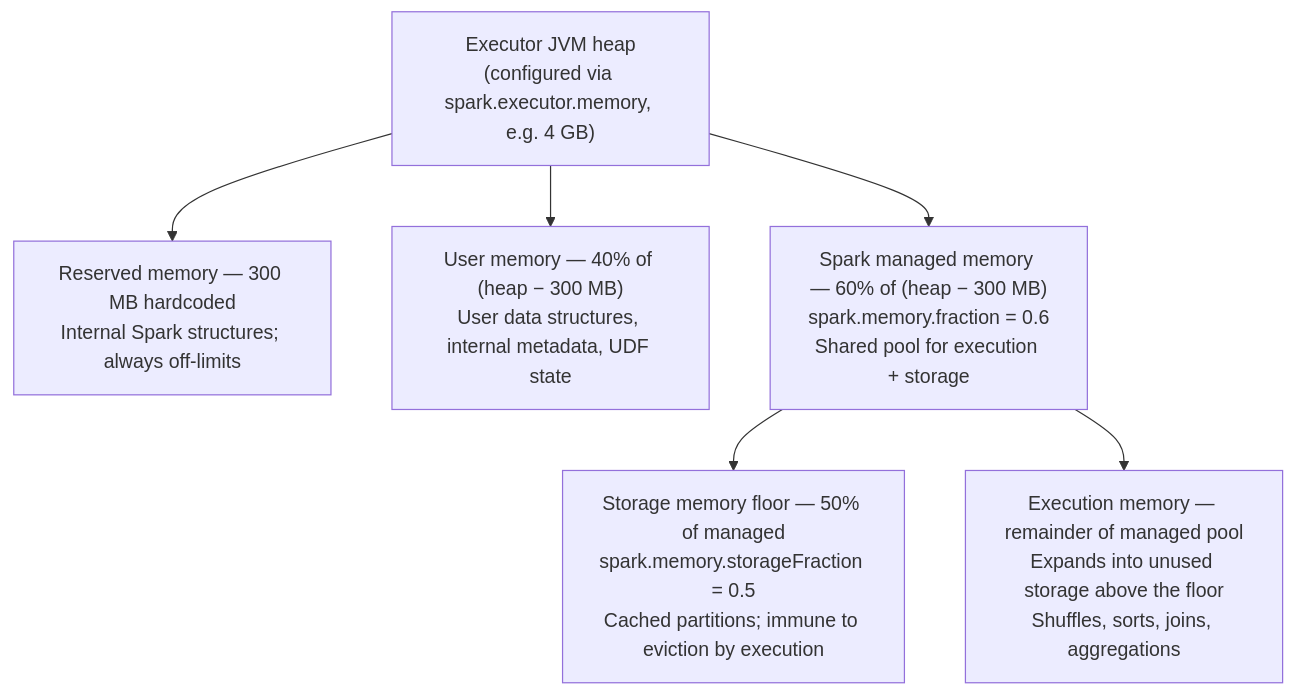
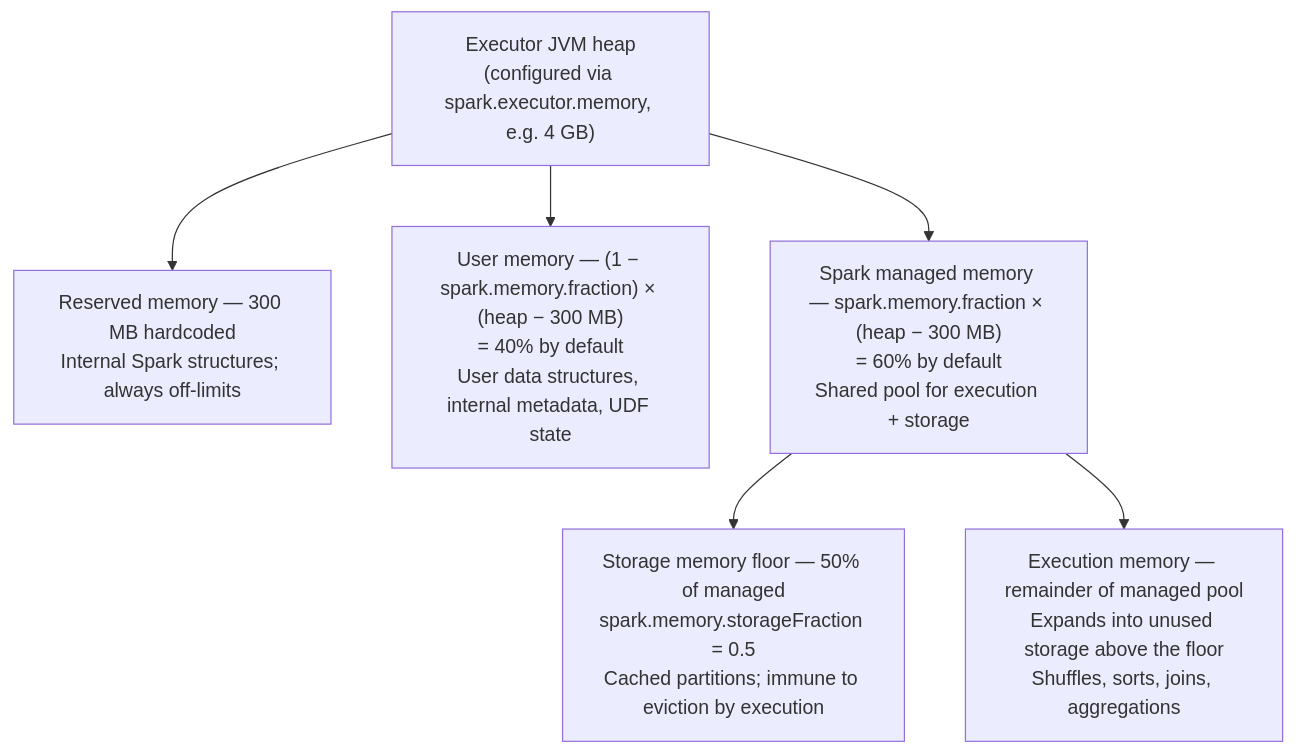
Before and after one commit to arindamchoudhury/spark-gyan: the ninth of 20 diagrams in docs/spark-book/ch01-spark-architecture.md, drawn with Mermaid. The commit also changed other lines of this file and 1 other file, not shown here.

First line of the commit message:
Ch01/Ch04: accuracy pass — driver/Connect/cluster-mgr/memory detail; Ch04 AQE + shared-vars sections

````diff
--- a/docs/spark-book/ch01-spark-architecture.md
+++ b/docs/spark-book/ch01-spark-architecture.md
@@ -627,15 +640,15 @@
 ```mermaid
 flowchart TD
     H["Executor JVM heap\n(configured via spark.executor.memory, e.g. 4 GB)"]
     R["Reserved memory — 300 MB hardcoded\nInternal Spark structures; always off-limits"]
-    U["User memory — 40% of (heap − 300 MB)\nUser data structures, internal metadata, UDF state"]
-    M["Spark managed memory — 60% of (heap − 300 MB)\nspark.memory.fraction = 0.6\nShared pool for execution + storage"]
+    U["User memory — (1 − spark.memory.fraction) × (heap − 300 MB)\n= 40% by default\nUser data structures, internal metadata, UDF state"]
+    M["Spark managed memory — spark.memory.fraction × (heap − 300 MB)\n= 60% by default\nShared pool for execution + storage"]
     S["Storage memory floor — 50% of managed\nspark.memory.storageFraction = 0.5\nCached partitions; immune to eviction by execution"]
     E["Execution memory — remainder of managed pool\nExpands into unused storage above the floor\nShuffles, sorts, joins, aggregations"]
 
     H --> R
     H --> U
     H --> M
     M --> S
     M --> E
 ```
````
